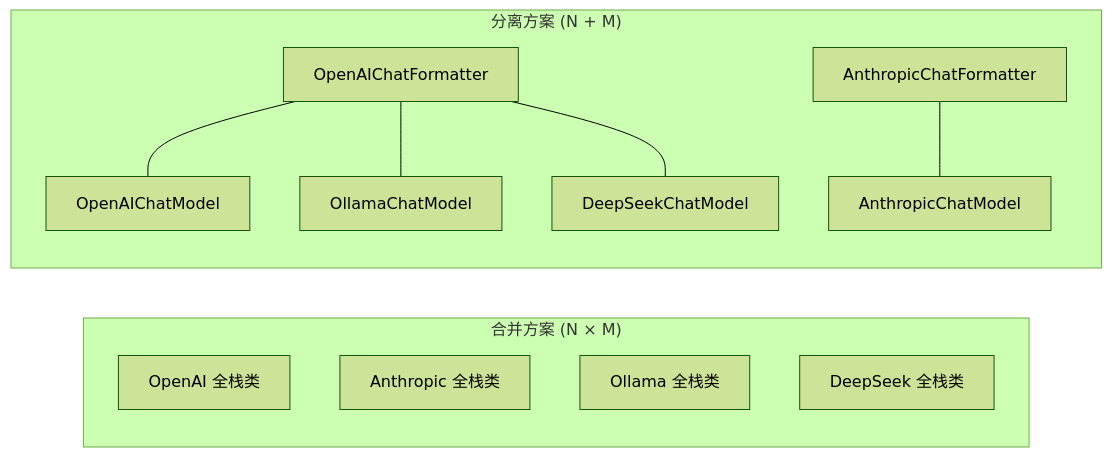
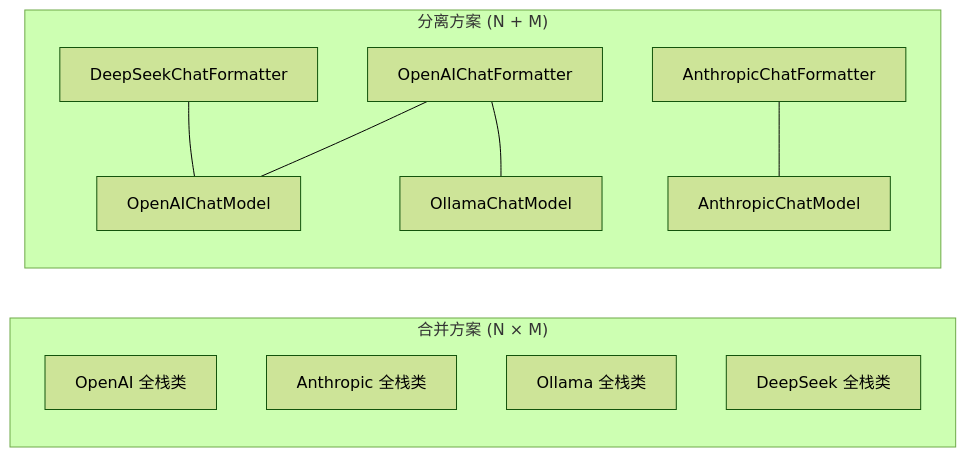
Before and after one commit to nadav-cheung/agentscope: the diagram in teaching/book/volume-4-why/ch35-formatter-separate.md, drawn with Mermaid (forest theme). The commit also changed other lines of this file and 4 other files, not shown here.

````diff
--- a/teaching/book/volume-4-why/ch35-formatter-separate.md
+++ b/teaching/book/volume-4-why/ch35-formatter-separate.md
@@ -95,16 +95,16 @@
 ```mermaid
 flowchart LR
     subgraph "合并方案 (N × M)"
         A1["OpenAI 全栈类"]
         A2["Anthropic 全栈类"]
         A3["Ollama 全栈类"]
         A4["DeepSeek 全栈类"]
     end
 
     subgraph "分离方案 (N + M)"
         B1["OpenAIChatFormatter"] --- C1["OpenAIChatModel"]
         B1 --- C2["OllamaChatModel"]
-        B1 --- C3["DeepSeekChatModel"]
+        B3["DeepSeekChatFormatter"] --- C1
         B2["AnthropicChatFormatter"] --- C4["AnthropicChatModel"]
     end
 ```
````
